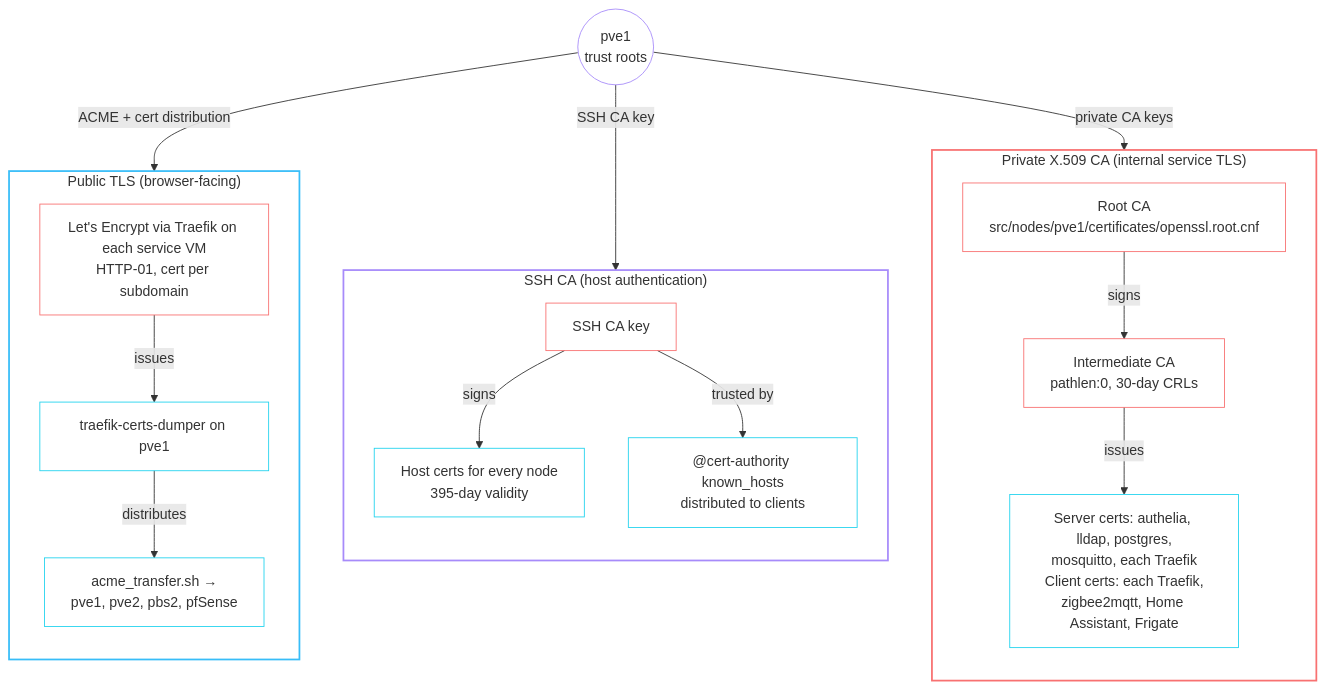
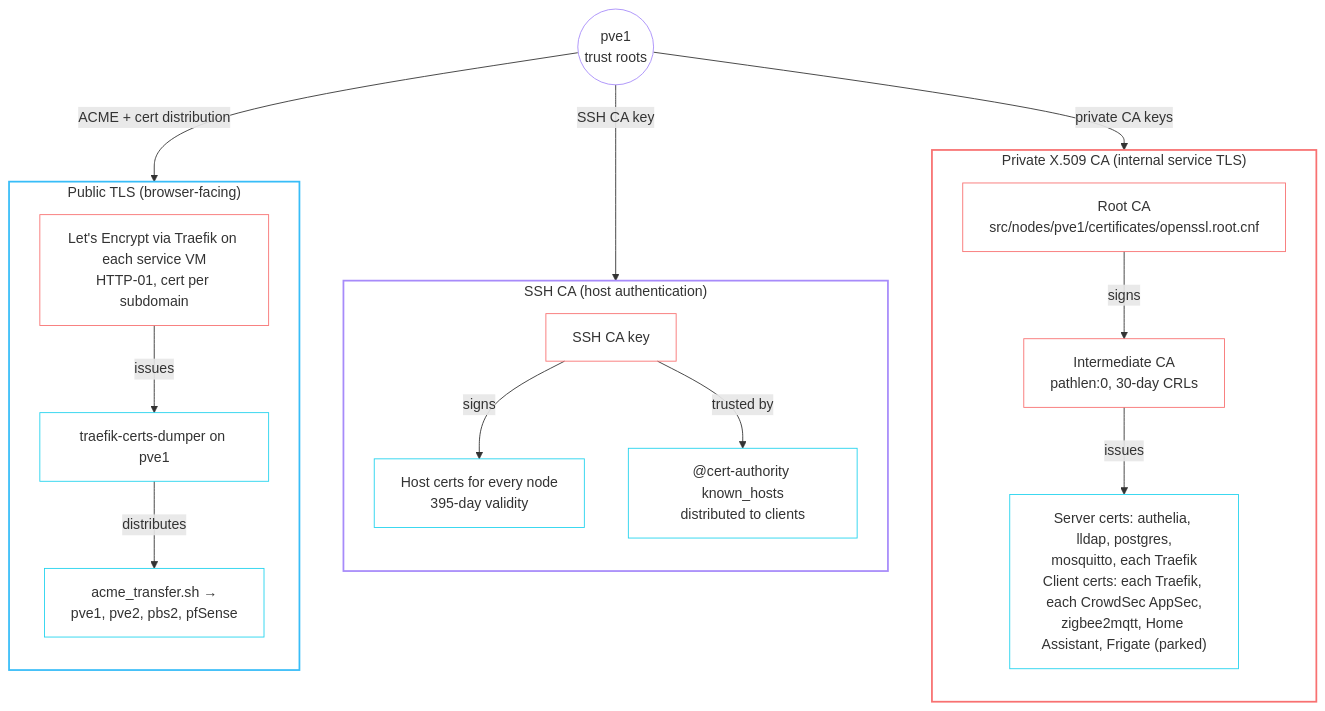
The second of 2 diagrams in rendered/docs/security.md (babraham123/homelab), drawn with Mermaid before and after one commit. The commit also changed 33 other files, not shown here.

````diff
--- a/rendered/docs/security.md
+++ b/rendered/docs/security.md
@@ -158,43 +158,43 @@
 ```mermaid
 flowchart TB
     pve1(("pve1<br/>trust roots"))
 
     subgraph x509["Private X.509 CA (internal service TLS)"]
         direction TB
         root["Root CA<br/>src/nodes/pve1/certificates/openssl.root.cnf"]
         inter["Intermediate CA<br/>pathlen:0, 30-day CRLs"]
-        svc["Server certs: authelia, lldap, postgres,<br/>mosquitto, each Traefik<br/>Client certs: each Traefik,<br/>zigbee2mqtt, Home Assistant, Frigate"]
+        svc["Server certs: authelia, lldap, postgres,<br/>mosquitto, each Traefik<br/>Client certs: each Traefik, each CrowdSec AppSec,<br/>zigbee2mqtt, Home Assistant, Frigate (parked)"]
         root -- "signs" --> inter -- "issues" --> svc
     end
 
     subgraph ssh["SSH CA (host authentication)"]
         direction TB
         sshca["SSH CA key"]
         hosts["Host certs for every node<br/>395-day validity"]
         known["@cert-authority known_hosts<br/>distributed to clients"]
         sshca -- "signs" --> hosts
         sshca -- "trusted by" --> known
     end
 
     subgraph public["Public TLS (browser-facing)"]
         direction TB
         le["Let's Encrypt via Traefik on each service VM<br/>HTTP-01, cert per subdomain"]
         dumper["traefik-certs-dumper on pve1"]
         xfer["acme_transfer.sh →<br/>pve1, pve2, pbs2, pfSense"]
         le -- "issues" --> dumper -- "distributes" --> xfer
     end
 
     pve1 -- "private CA keys" --> root
     pve1 -- "SSH CA key" --> sshca
     pve1 -- "ACME + cert distribution" --> le
 
     style x509 stroke:#f87171,stroke-width:2px,fill:transparent
     style ssh stroke:#a78bfa,stroke-width:2px,fill:transparent
     style public stroke:#38bdf8,stroke-width:2px,fill:transparent
     classDef ca stroke:#f87171,fill:transparent
     classDef dist stroke:#22d3ee,fill:transparent
     class root,inter,sshca,le ca
     class svc,hosts,known,dumper,xfer dist
     class pve1 host
     classDef host stroke:#a78bfa,fill:transparent
 ```
````
